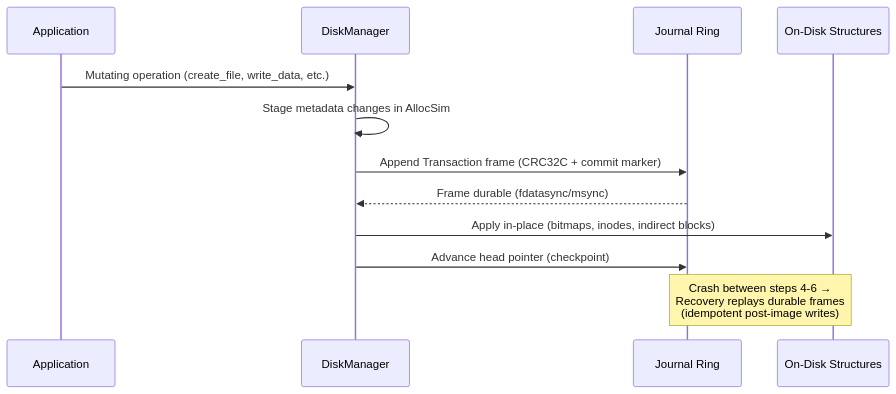
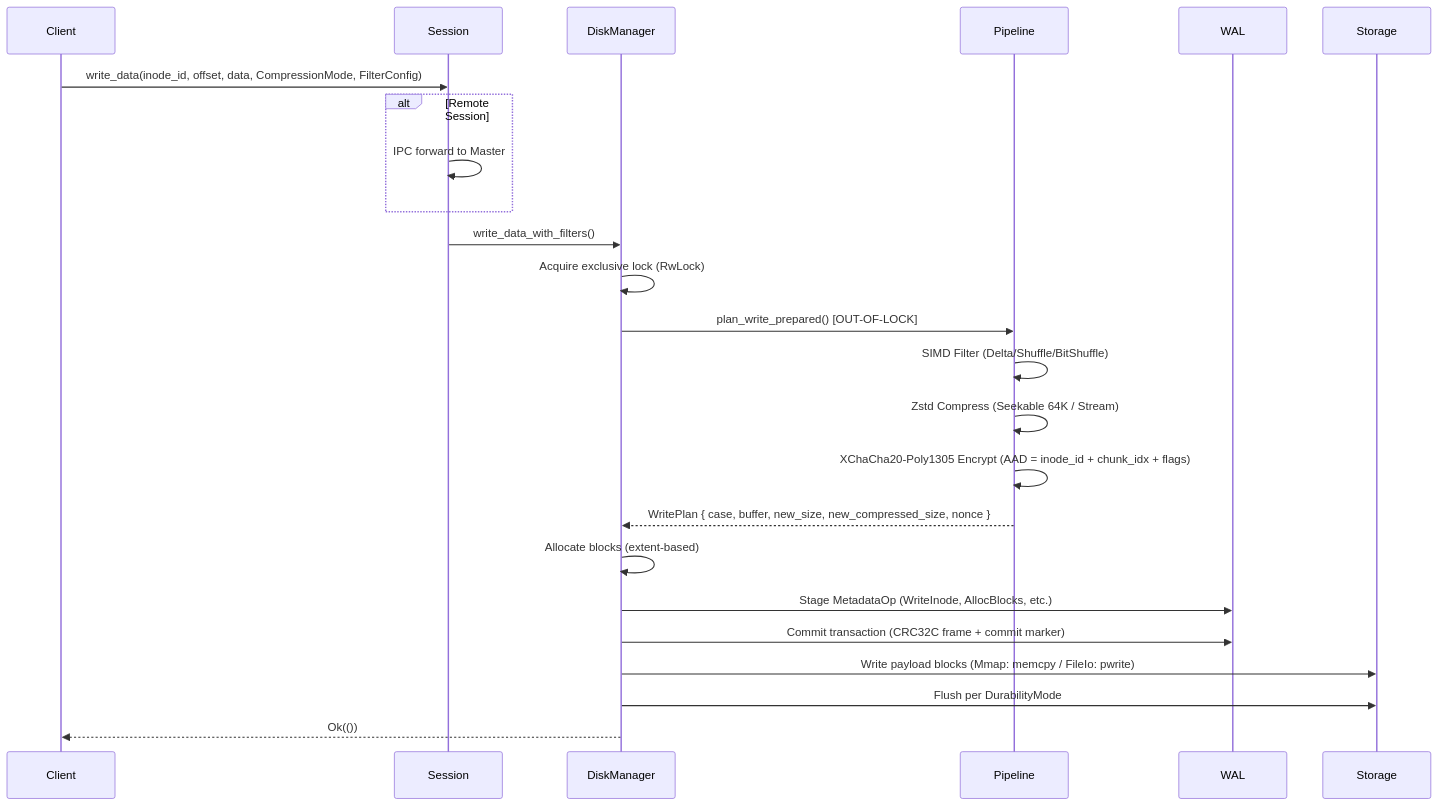
One commit to ych/oifs changed the fourth of 4 diagrams in openwiki/architecture/overview.md. Above: the diagram before and after it, drawn with Mermaid. The commit also changed other lines of this file and 55 other files, not shown here.

````diff
--- a/openwiki/architecture/overview.md
+++ b/openwiki/architecture/overview.md
@@ -159,15 +326,27 @@
 ```mermaid
 sequenceDiagram
-    participant App as Application
-    participant DM as DiskManager
-    participant WAL as Journal Ring
-    participant Disk as On-Disk Structures
+    participant Client
+    participant Session
+    participant DiskManager
+    participant Pipeline
+    participant WAL
+    participant Storage
 
-    App->>DM: Mutating operation (create_file, write_data, etc.)
-    DM->>DM: Stage metadata changes in AllocSim
-    DM->>WAL: Append Transaction frame (CRC32C + commit marker)
-    WAL-->>DM: Frame durable (fdatasync/msync)
-    DM->>Disk: Apply in-place (bitmaps, inodes, indirect blocks)
-    DM->>WAL: Advance head pointer (checkpoint)
-    Note over WAL,Disk: Crash between steps 4-6 →<br/>Recovery replays durable frames<br/>(idempotent post-image writes)
+    Client->>Session: write_data(inode_id, offset, data, CompressionMode, FilterConfig)
+    alt Remote Session
+        Session->>Session: IPC forward to Master
+    end
+    Session->>DiskManager: write_data_with_filters()
+    DiskManager->>DiskManager: Acquire exclusive lock (RwLock)
+    DiskManager->>Pipeline: plan_write_prepared() [OUT-OF-LOCK]
+    Pipeline->>Pipeline: SIMD Filter (Delta/Shuffle/BitShuffle)
+    Pipeline->>Pipeline: Zstd Compress (Seekable 64K / Stream)
+    Pipeline->>Pipeline: XChaCha20-Poly1305 Encrypt (AAD = inode_id + chunk_idx + flags)
+    Pipeline-->>DiskManager: WritePlan { case, buffer, new_size, new_compressed_size, nonce }
+    DiskManager->>DiskManager: Allocate blocks (extent-based)
+    DiskManager->>WAL: Stage MetadataOp (WriteInode, AllocBlocks, etc.)
+    DiskManager->>WAL: Commit transaction (CRC32C frame + commit marker)
+    DiskManager->>Storage: Write payload blocks (Mmap: memcpy / FileIo: pwrite)
+    DiskManager->>Storage: Flush per DurabilityMode
+    DiskManager-->>Client: Ok(())
 ```
````
